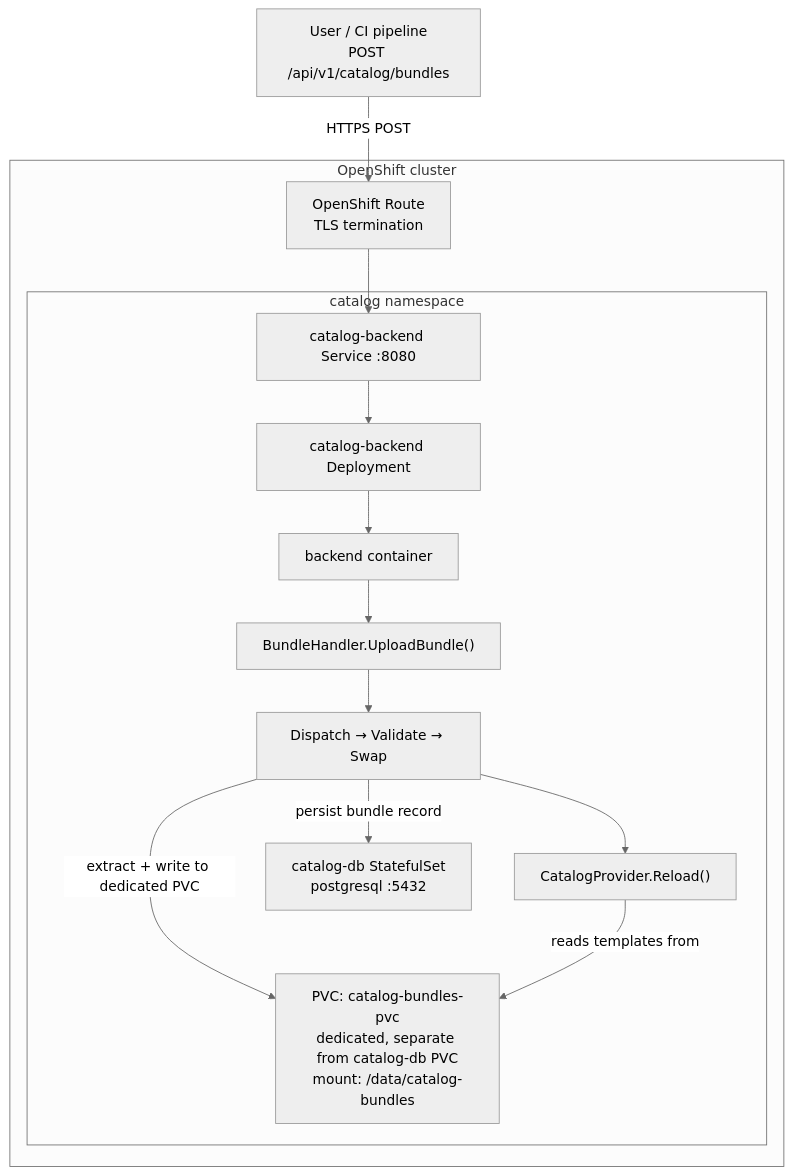
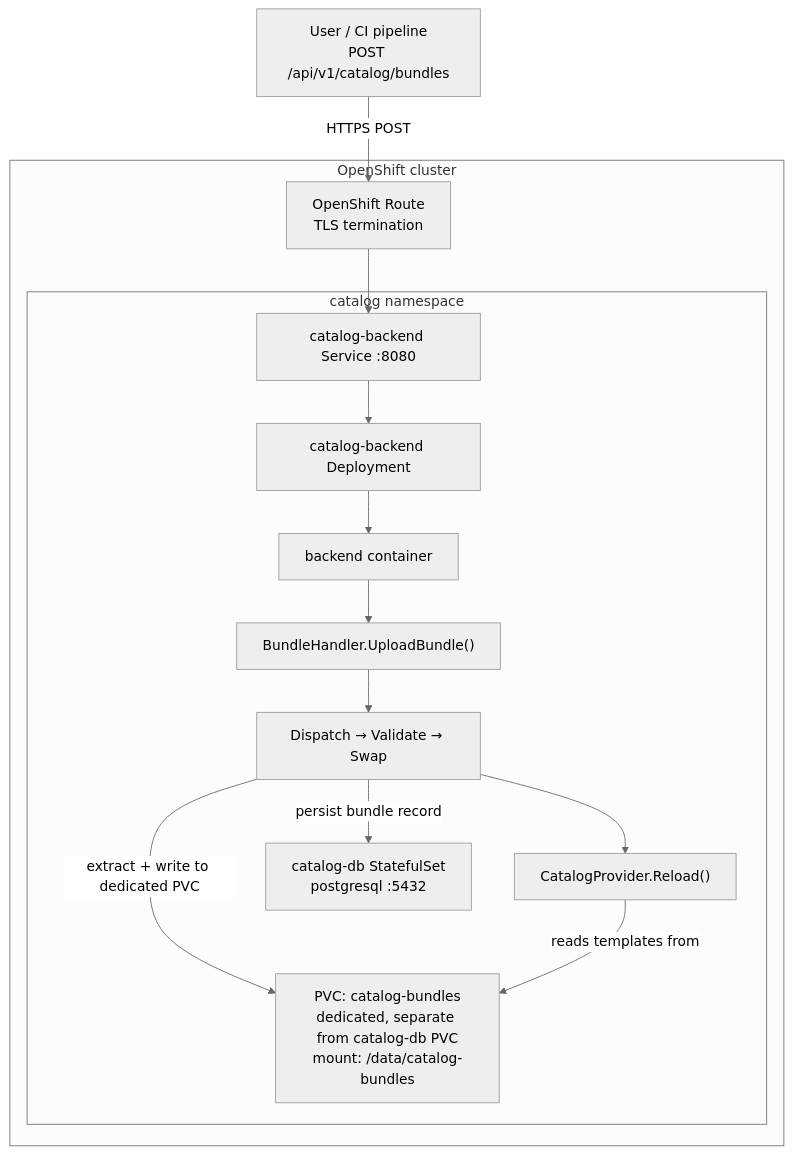
One commit to mayuka-c/project-ai-services changed the fifth of 5 diagrams in ai-services/proposal.md. Above: the diagram before and after it, drawn with Mermaid (neutral theme). The commit also changed other lines of this file and 3 other files, not shown here.

````diff
--- a/ai-services/proposal.md
+++ b/ai-services/proposal.md
@@ -939,27 +780,27 @@
 ```mermaid
 flowchart TD
     USER["User / CI pipeline<br/>POST /api/v1/catalog/bundles"]
 
     subgraph OCP["OpenShift cluster"]
         ROUTE["OpenShift Route<br/>TLS termination"]
 
         subgraph NS["catalog namespace"]
             SVC["catalog-backend Service :8080"]
             DEP["catalog-backend Deployment"]
             BE["backend container"]
             HANDLER["BundleHandler.UploadBundle()"]
             PIPELINE["Dispatch → Validate → Swap"]
             CP["CatalogProvider.Reload()"]
-            PVC["PVC: catalog-bundles-pvc<br/>dedicated, separate from catalog-db PVC<br/>mount: /data/catalog-bundles"]
+            PVC["PVC: catalog-bundles<br/>dedicated, separate from catalog-db PVC<br/>mount: /data/catalog-bundles"]
             PG["catalog-db StatefulSet<br/>postgresql :5432"]
         end
     end
 
     USER -- "HTTPS POST" --> ROUTE
     ROUTE --> SVC --> DEP --> BE
     BE --> HANDLER --> PIPELINE
     PIPELINE -- "extract + write to dedicated PVC" --> PVC
     PIPELINE --> CP
     PIPELINE -- "persist bundle record" --> PG
     CP -- "reads templates from" --> PVC
 ```
````
